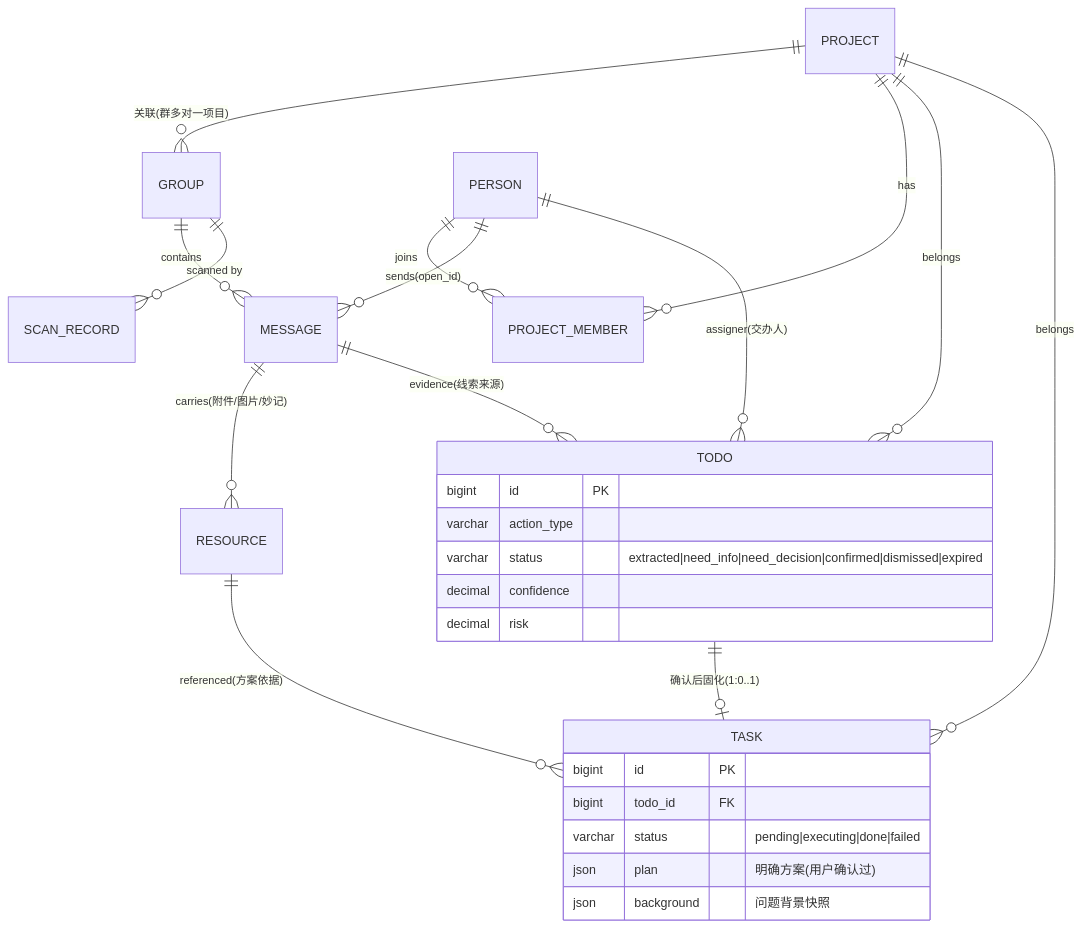
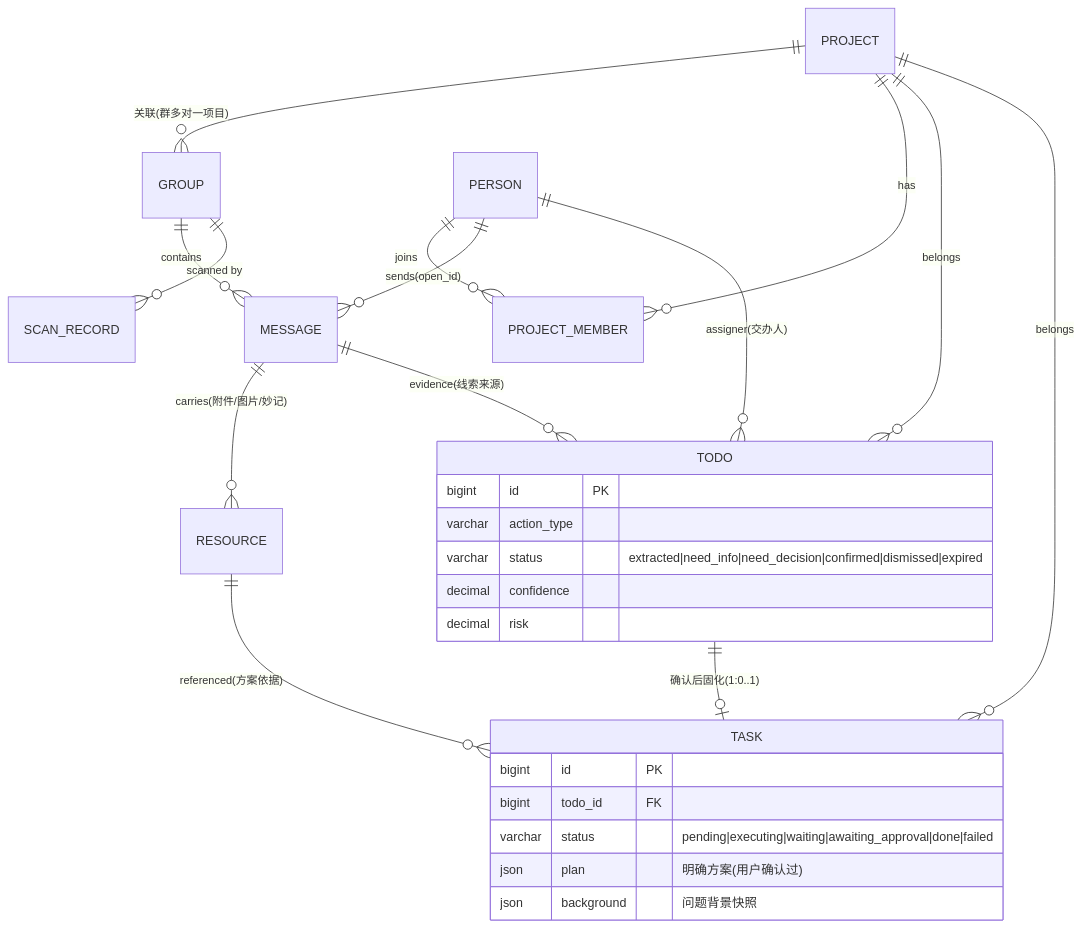
The diagram in docs/00-overview.md (mjscjj/jarvis), drawn with Mermaid before and after one commit. The commit also changed other lines of this file and 26 other files, not shown here.

````diff
--- a/docs/00-overview.md
+++ b/docs/00-overview.md
@@ -78,31 +78,31 @@
 ```mermaid
 erDiagram
     PROJECT ||--o{ GROUP        : "关联(群多对一项目)"
     PROJECT ||--o{ PROJECT_MEMBER : has
     PERSON  ||--o{ PROJECT_MEMBER : joins
     GROUP   ||--o{ MESSAGE       : contains
     GROUP   ||--o{ SCAN_RECORD   : "scanned by"
     PERSON  ||--o{ MESSAGE       : "sends(open_id)"
     MESSAGE ||--o{ RESOURCE      : "carries(附件/图片/妙记)"
     MESSAGE ||--o{ TODO          : "evidence(线索来源)"
     PERSON  ||--o{ TODO          : "assigner(交办人)"
     PROJECT ||--o{ TODO          : belongs
     TODO    ||--o| TASK          : "确认后固化(1:0..1)"
     PROJECT ||--o{ TASK          : belongs
     RESOURCE ||--o{ TASK         : "referenced(方案依据)"
 
     TODO {
         bigint id PK
         varchar action_type
         varchar status "extracted|need_info|need_decision|confirmed|dismissed|expired"
         decimal confidence
         decimal risk
     }
     TASK {
         bigint id PK
         bigint todo_id FK
-        varchar status "pending|executing|done|failed"
+        varchar status "pending|executing|waiting|awaiting_approval|done|failed"
         json   plan "明确方案(用户确认过)"
         json   background "问题背景快照"
     }
 ```
````
